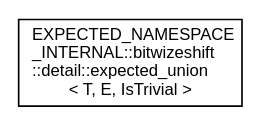
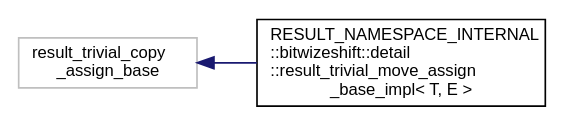
Before and after one commit to bitwizeshift/result: the diagram in api/latest/inherit_graph_14.dot, drawn with Graphviz. The commit also changed 431 other files, not shown here.

```diff
--- a/api/latest/inherit_graph_14.dot
+++ b/api/latest/inherit_graph_14.dot
@@ -1,7 +1,9 @@
 digraph "Graphical Class Hierarchy"
 {
   edge [fontname="Helvetica",fontsize="10",labelfontname="Helvetica",labelfontsize="10"];
   node [fontname="Helvetica",fontsize="10",shape=record];
   rankdir="LR";
-  Node0 [label="EXPECTED_NAMESPACE\l_INTERNAL::bitwizeshift\l::detail::expected_union\l\< T, E, IsTrivial \>",height=0.2,width=0.4,color="black", fillcolor="white", style="filled",URL="$d6/d73/struct_e_x_p_e_c_t_e_d___n_a_m_e_s_p_a_c_e___i_n_t_e_r_n_a_l_1_1bitwizeshift_1_1detail_1_1expected__union.html",tooltip="A basic utility that acts as a union containing the T and E types. "];
+  Node16 [label="result_trivial_copy\l_assign_base",height=0.2,width=0.4,color="grey75", fillcolor="white", style="filled"];
+  Node16 -> Node0 [dir="back",color="midnightblue",fontsize="10",style="solid",fontname="Helvetica"];
+  Node0 [label="RESULT_NAMESPACE_INTERNAL\l::bitwizeshift::detail\l::result_trivial_move_assign\l_base_impl\< T, E \>",height=0.2,width=0.4,color="black", fillcolor="white", style="filled",URL="$df/d87/struct_r_e_s_u_l_t___n_a_m_e_s_p_a_c_e___i_n_t_e_r_n_a_l_1_1bitwizeshift_1_1detail_1_1result__trivial__move__assign__base__impl.html"];
 }
```
